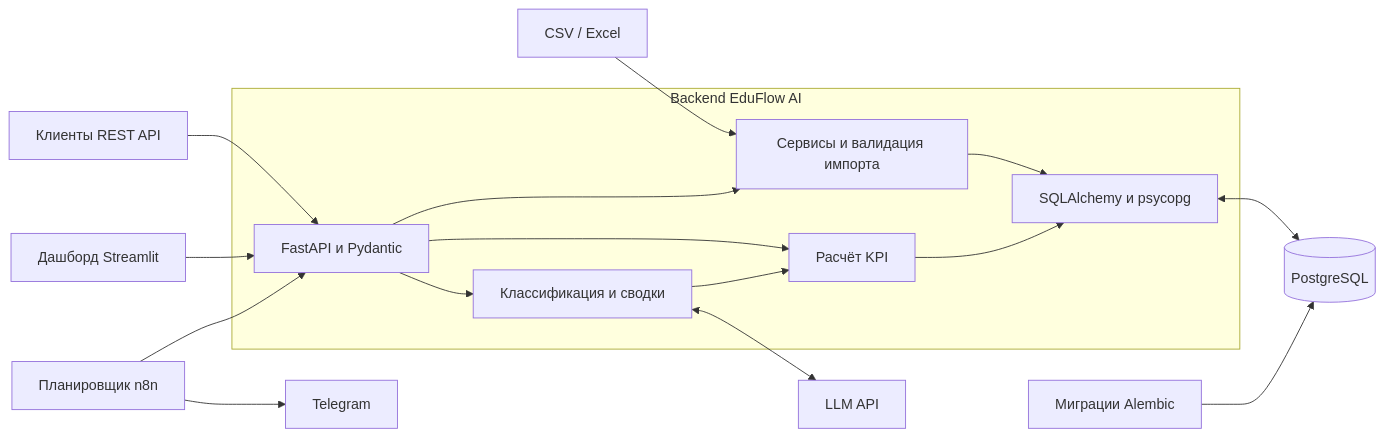
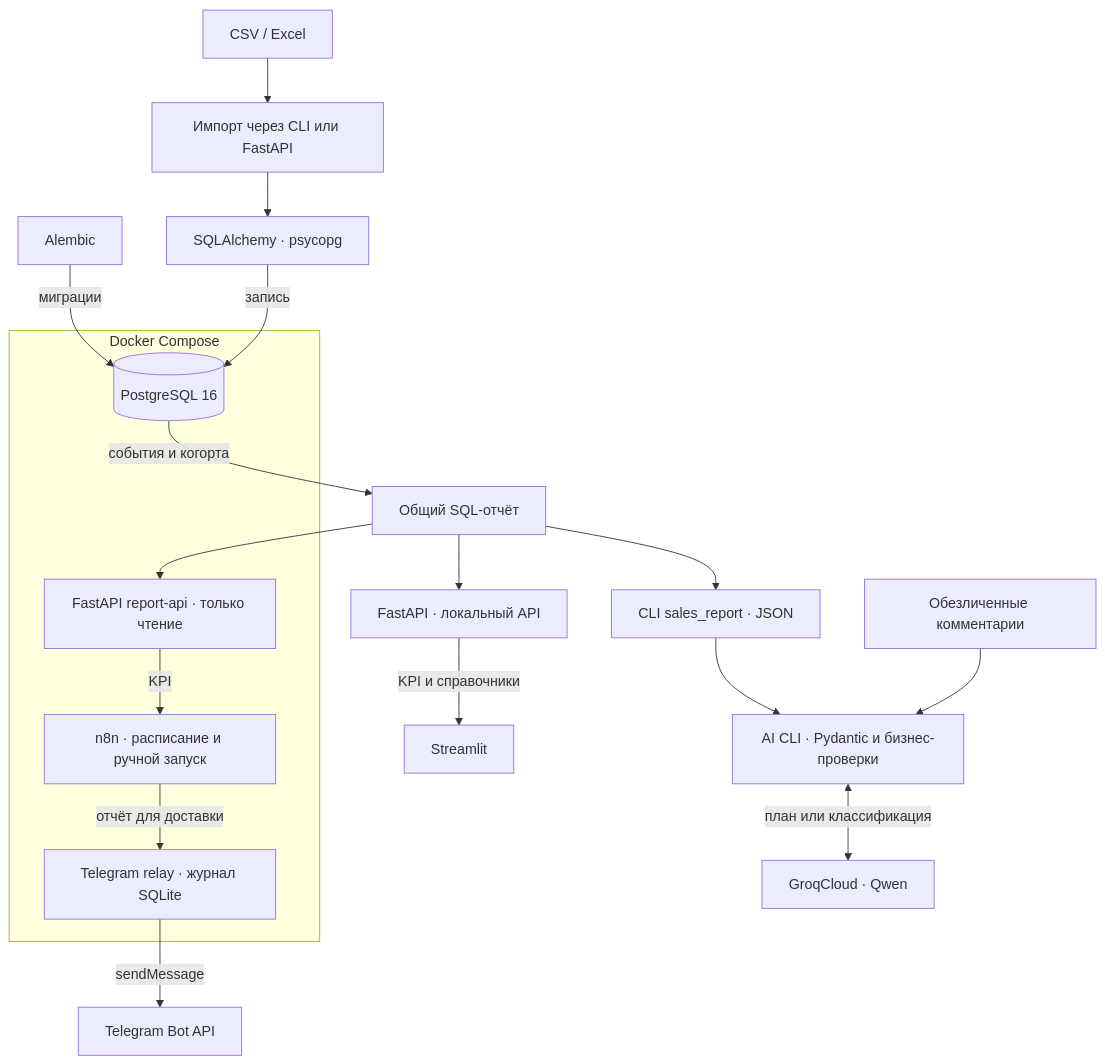
The diagram in docs/ARCHITECTURE.md (n1k1c0d/Automation-and-sales-analytics-for-online-schools), drawn with Mermaid before and after one commit. The commit also changed other lines of this file and 18 other files, not shown here.

````diff
--- a/docs/ARCHITECTURE.md
+++ b/docs/ARCHITECTURE.md
@@ -5,35 +5,24 @@
 ```mermaid
-flowchart LR
-    Files["CSV / Excel"]
-    Clients["Клиенты REST API"]
-    Dashboard["Дашборд Streamlit"]
-    Workflow["Планировщик n8n"]
-    Telegram["Telegram"]
-    Provider["LLM API"]
-
-    subgraph Backend["Backend EduFlow AI"]
-        API["FastAPI и Pydantic"]
-        Services["Сервисы и валидация импорта"]
-        Analytics["Расчёт KPI"]
-        AI["Классификация и сводки"]
-        Data["SQLAlchemy и psycopg"]
+flowchart TD
+    files["CSV / Excel"] --> ingest["Импорт через CLI или FastAPI"]
+    ingest --> orm["SQLAlchemy · psycopg"]
+    migration["Alembic"] -->|миграции| pg
+    orm -->|запись| pg
+    subgraph compose["Docker Compose"]
+        pg[("PostgreSQL 16")]
+        api["FastAPI report-api · только чтение"]
+        n8n["n8n · расписание и ручной запуск"]
+        relay["Telegram relay · журнал SQLite"]
+        api -->|KPI| n8n
+        n8n -->|отчёт для доставки| relay
     end
-
-    DB[("PostgreSQL")]
-    Alembic["Миграции Alembic"]
-
-    Files --> Services
-    Clients --> API
-    Dashboard --> API
-    Workflow --> API
-    Workflow --> Telegram
-    API --> Services
-    API --> Analytics
-    API --> AI
-    Services --> Data
-    Analytics --> Data
-    AI --> Analytics
-    AI <--> Provider
-    Data <--> DB
-    Alembic --> DB
+    pg -->|события и когорта| sql["Общий SQL-отчёт"]
+    sql --> api
+    sql --> rest["FastAPI · локальный API"]
+    rest -->|KPI и справочники| ui["Streamlit"]
+    sql --> cli["CLI sales_report · JSON"]
+    cli --> ai["AI CLI · Pydantic и бизнес-проверки"]
+    comments["Обезличенные комментарии"] --> ai
+    ai <-->|план или классификация| groq["GroqCloud · Qwen"]
+    relay -->|sendMessage| tg["Telegram Bot API"]
 ```
````
